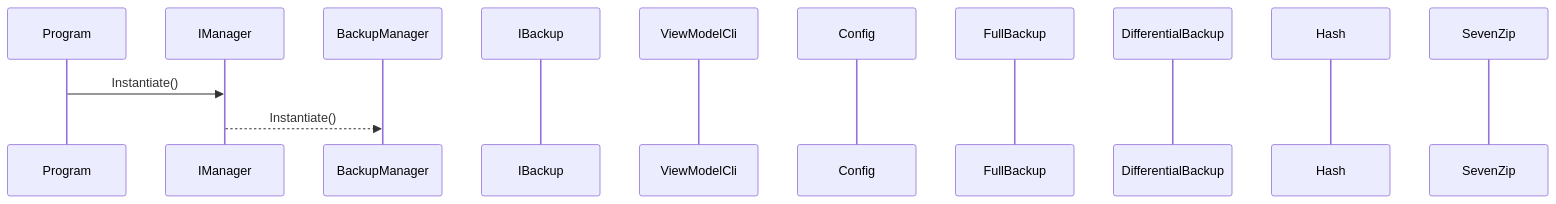
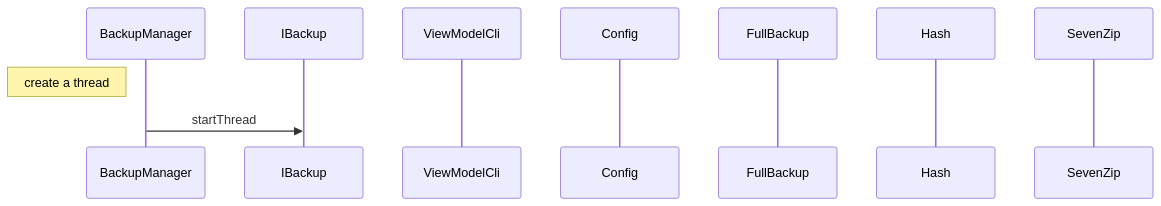
One commit to mboss7/CesiProgSys changed the diagram in diagSequence.md. Above: the diagram before and after it, drawn with Mermaid. The commit also changed other lines of this file and 6 other files, not shown here.

````diff
--- a/diagSequence.md
+++ b/diagSequence.md
@@ -1,16 +2,15 @@
 ```mermaid
 sequenceDiagram
-    participant Program
-    participant IManager
     participant BackupManager
     participant IBackup
     participant ViewModelCli
     participant Config
     participant FullBackup
-    participant DifferentialBackup
     participant Hash
     participant SevenZip
     
-    Program ->> IManager: Instantiate()
-    IManager -->> BackupManager: Instantiate()
+    Note left of BackupManager : create a thread
+    BackupManager ->> IBackup : startThread
+    
+    
 ```
````
